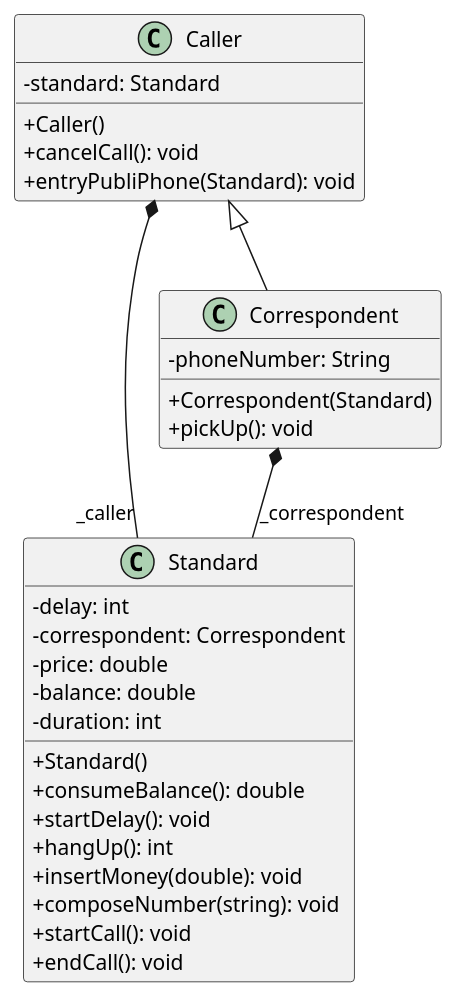
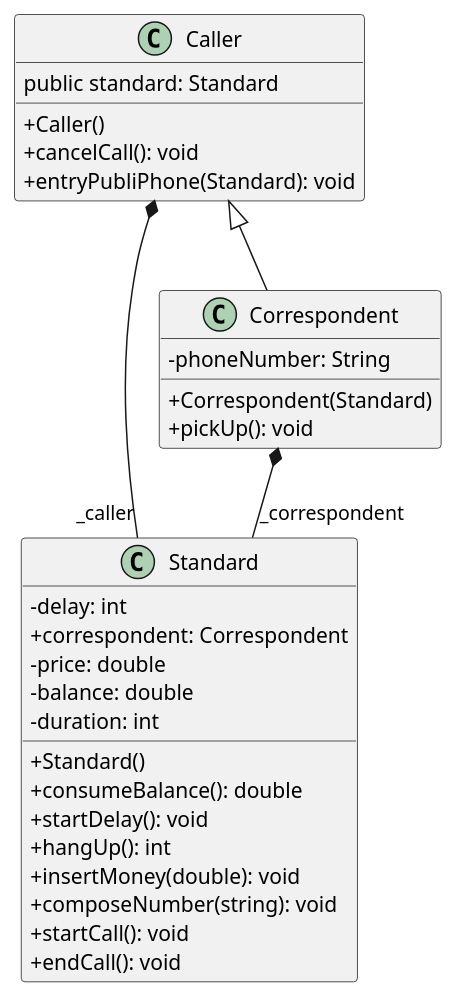
One commit to lpodev/publiphone changed the diagram in Class_Diagram.plantuml. Above: the diagram before and after it, drawn with PlantUML.

Commit message:
modify private attributes of Standart

```diff
--- a/Class_Diagram.plantuml
+++ b/Class_Diagram.plantuml
@@ -1,41 +1,41 @@
 @startuml shopping
 skinparam classAttributeIconSize 0
 
 
 class Standard {
     - delay: int
-    - correspondent: Correspondent 
+    + correspondent: Correspondent 
     - price: double
     - balance: double
     - duration: int
     
     + Standard()
     + consumeBalance(): double
     + startDelay(): void
     + hangUp(): int
     + insertMoney(double): void
     + composeNumber(string): void
     + startCall(): void
     + endCall(): void
 }
 
 class Caller {
-    - standard: Standard
+    public standard: Standard
 
     + Caller()
     + cancelCall(): void
     + entryPubliPhone(Standard): void
 }
 
 class Correspondent {
     - phoneNumber: String 
 
     + Correspondent(Standard)
     + pickUp(): void
 }
 
 Caller *--  "_caller" Standard
 Correspondent *-- "_correspondent" Standard
 Caller <|-- Correspondent
 
 @enduml
```
